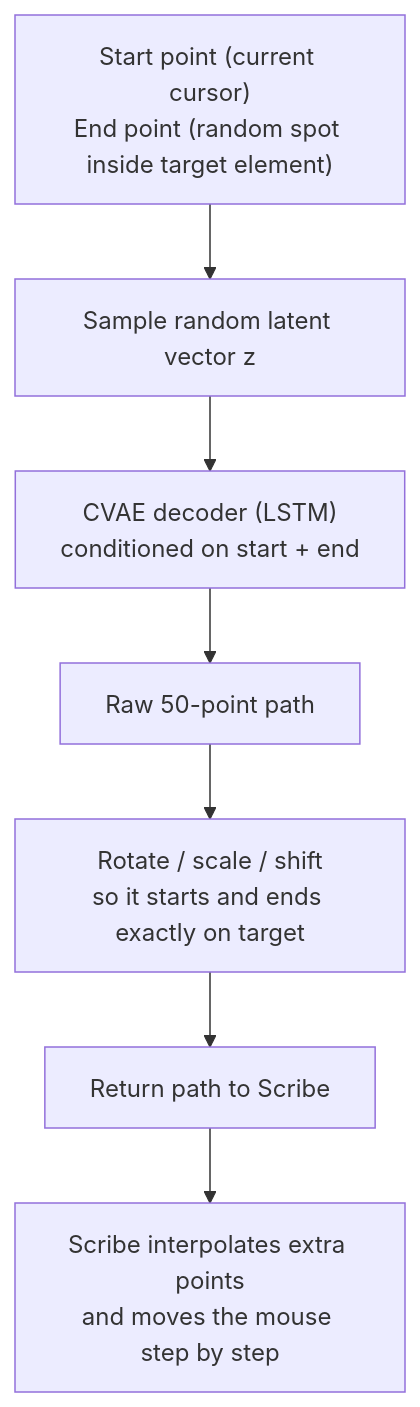
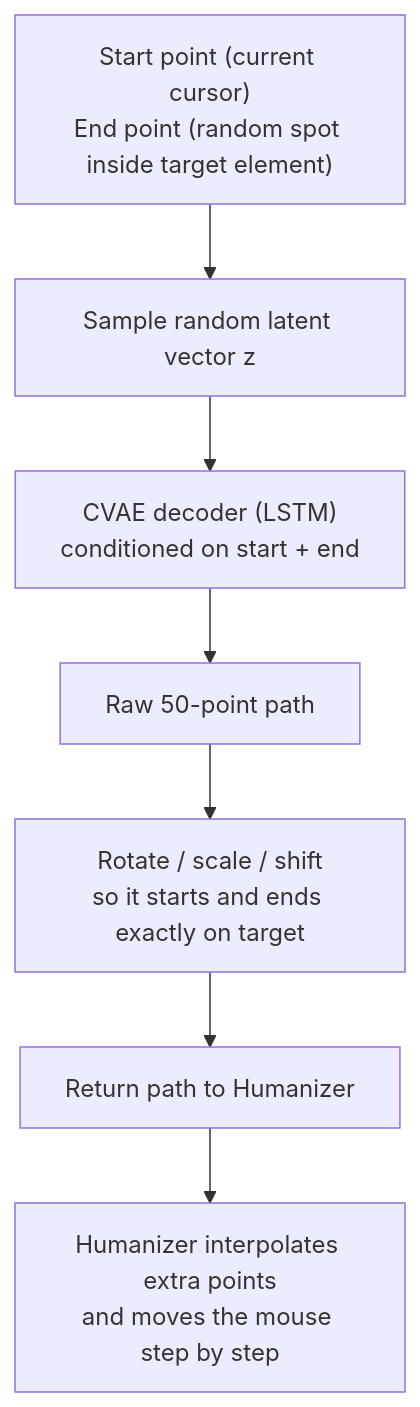
One commit to Ankulraja/Google-Search-Automation-Bypass-Captcha changed the third of 4 diagrams in README.md. Above: the diagram before and after it, drawn with Mermaid. The commit also changed other lines of this file and 24 other files, not shown here.

````diff
--- a/README.md
+++ b/README.md
@@ -70,9 +66,9 @@
 ```mermaid
 flowchart TD
     A["Start point (current cursor)<br/>End point (random spot inside target element)"] --> B[Sample random latent vector z]
     B --> C["CVAE decoder (LSTM)<br/>conditioned on start + end"]
     C --> D[Raw 50-point path]
     D --> E["Rotate / scale / shift<br/>so it starts and ends exactly on target"]
-    E --> F[Return path to Scribe]
-    F --> G["Scribe interpolates extra points<br/>and moves the mouse step by step"]
+    E --> F[Return path to Humanizer]
+    F --> G["Humanizer interpolates extra points<br/>and moves the mouse step by step"]
 ```
````
